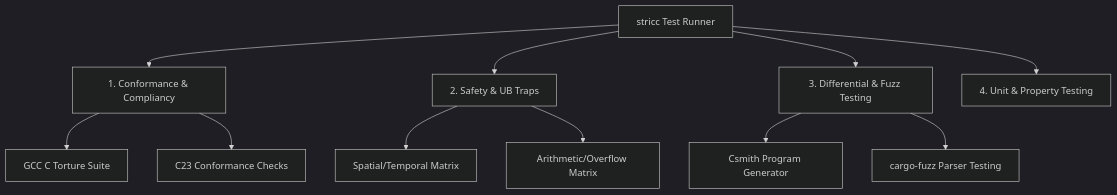
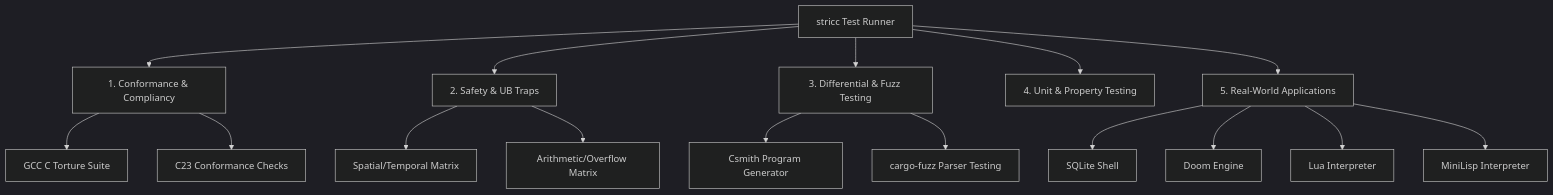
The diagram in TEST.md (diegojromerolopez/stricc), drawn with Mermaid (dark theme) before and after one commit. The commit also changed other lines of this file and 17 other files, not shown here.

````diff
--- a/TEST.md
+++ b/TEST.md
@@ -18,16 +18,22 @@
 ```mermaid
 graph TD
     A[stricc Test Runner] --> B[1. Conformance & Compliancy]
     A --> C[2. Safety & UB Traps]
     A --> D[3. Differential & Fuzz Testing]
     A --> E[4. Unit & Property Testing]
+    A --> F[5. Real-World Applications]
     
     B --> B1[GCC C Torture Suite]
     B --> B2[C23 Conformance Checks]
     
     C --> C1[Spatial/Temporal Matrix]
     C --> C2[Arithmetic/Overflow Matrix]
     
     D --> D1[Csmith Program Generator]
     D --> D2[cargo-fuzz Parser Testing]
+
+    F --> F1[SQLite Shell]
+    F --> F2[Doom Engine]
+    F --> F3[Lua Interpreter]
+    F --> F4[MiniLisp Interpreter]
 ```
````
